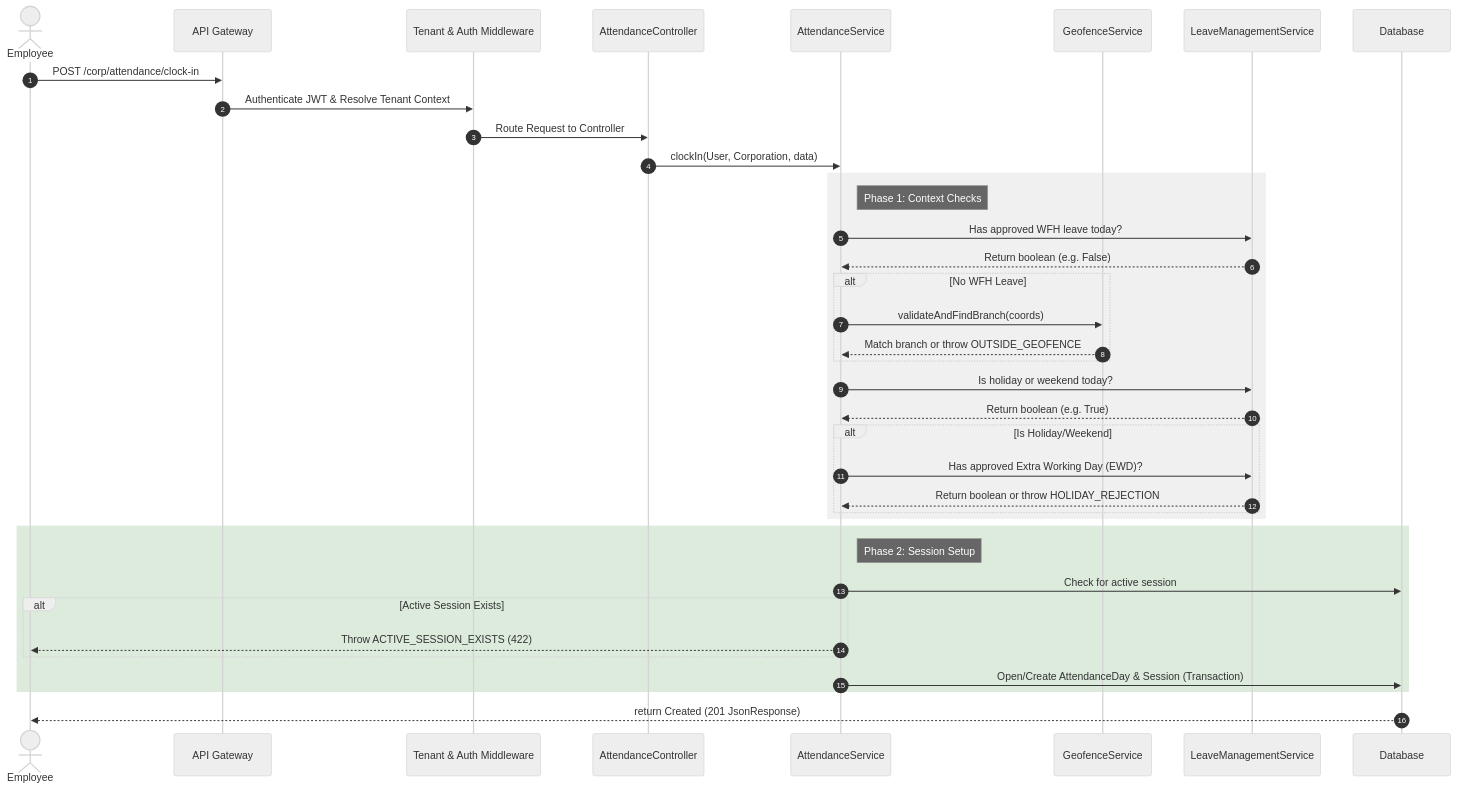
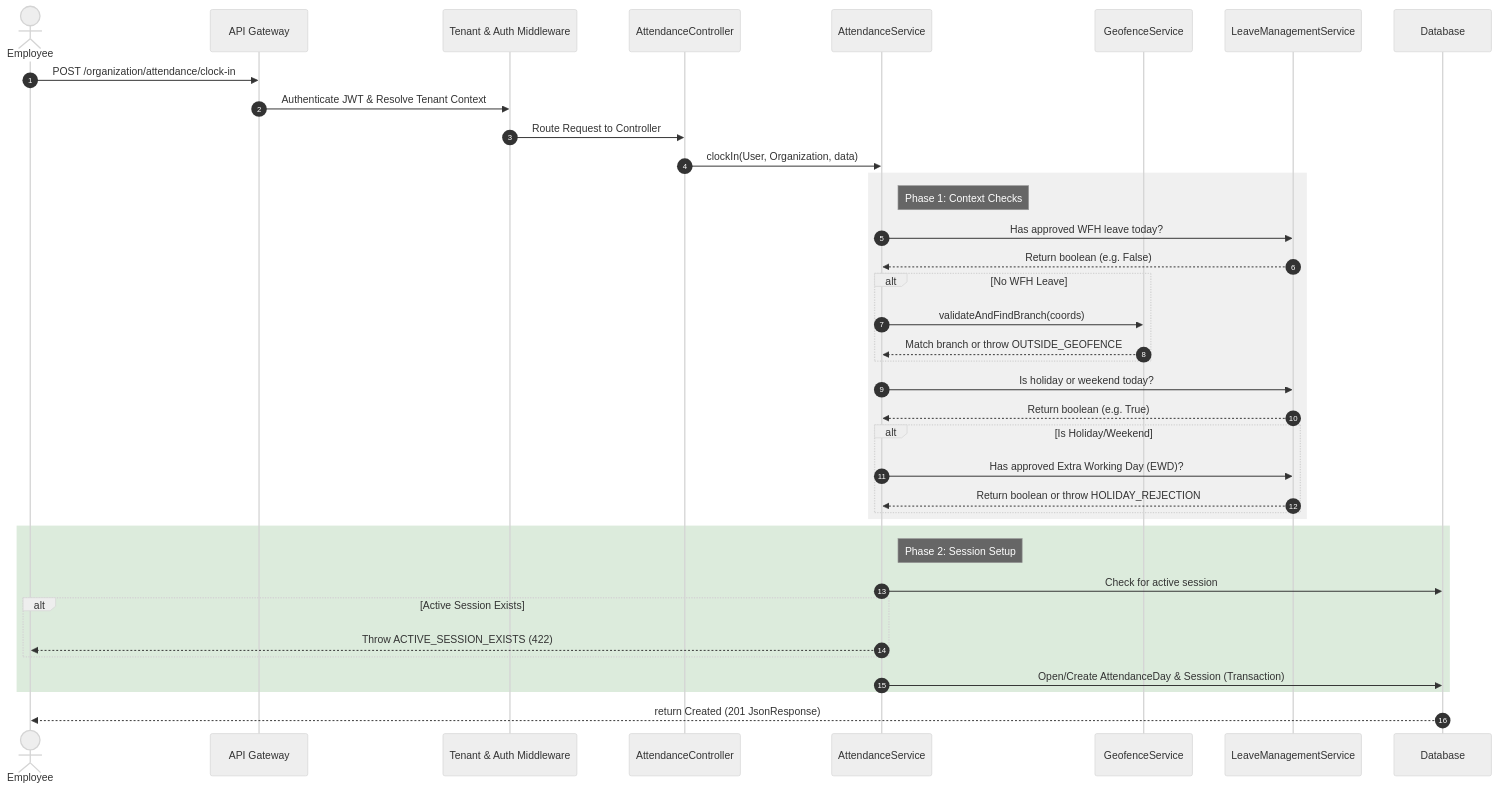
Before and after one commit to arpit0910/timeNest: the third of 4 diagrams in docs/architecture/attendance_architecture.md, drawn with Mermaid (neutral theme). The commit also changed other lines of this file and 217 other files, not shown here.

````diff
--- a/docs/architecture/attendance_architecture.md
+++ b/docs/architecture/attendance_architecture.md
@@ -95,47 +95,47 @@
 ```mermaid
 sequenceDiagram
     autonumber
     actor Employee
     participant Route as API Gateway
     participant Middleware as Tenant & Auth Middleware
     participant Controller as AttendanceController
     participant Service as AttendanceService
     participant Geofence as GeofenceService
     participant Leave as LeaveManagementService
     participant DB as Database
 
-    Employee->>Route: POST /corp/attendance/clock-in
+    Employee->>Route: POST /organization/attendance/clock-in
     Route->>Middleware: Authenticate JWT & Resolve Tenant Context
     Middleware->>Controller: Route Request to Controller
-    Controller->>Service: clockIn(User, Corporation, data)
+    Controller->>Service: clockIn(User, Organization, data)
     
     rect rgb(240, 240, 240)
         note right of Service: Phase 1: Context Checks
         Service->>Leave: Has approved WFH leave today?
         Leave-->>Service: Return boolean (e.g. False)
         
         alt No WFH Leave
             Service->>Geofence: validateAndFindBranch(coords)
             Geofence-->>Service: Match branch or throw OUTSIDE_GEOFENCE
         end
 
         Service->>Leave: Is holiday or weekend today?
         Leave-->>Service: Return boolean (e.g. True)
         
         alt Is Holiday/Weekend
             Service->>Leave: Has approved Extra Working Day (EWD)?
             Leave-->>Service: Return boolean or throw HOLIDAY_REJECTION
         end
     end
 
     rect rgb(220, 235, 220)
         note right of Service: Phase 2: Session Setup
         Service->>DB: Check for active session
         alt Active Session Exists
             Service-->>Employee: Throw ACTIVE_SESSION_EXISTS (422)
         end
         Service->>DB: Open/Create AttendanceDay & Session (Transaction)
     end
     
     DB-->>Employee: return Created (201 JsonResponse)
 ```
````
